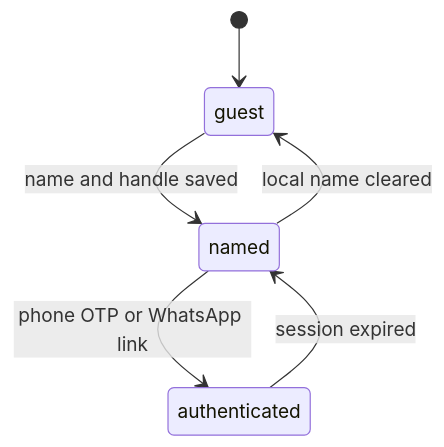
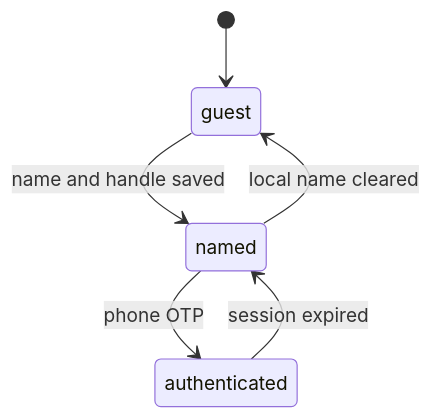
Before and after one commit to bawra11/elite-product: the second of 2 diagrams in product/detail-flows/02-auth.md, drawn with Mermaid. The commit also changed other lines of this file and 12 other files, not shown here.

First line of the commit message:
Record Place Pay, OTP-only diner auth, and the elite_app pointer.

````diff
--- a/product/detail-flows/02-auth.md
+++ b/product/detail-flows/02-auth.md
@@ -26,8 +27,8 @@
 ```mermaid
 stateDiagram-v2
   [*] --> guest
   guest --> named: name and handle saved
-  named --> authenticated: phone OTP or WhatsApp link
+  named --> authenticated: phone OTP
   authenticated --> named: session expired
   named --> guest: local name cleared
 ```
````
